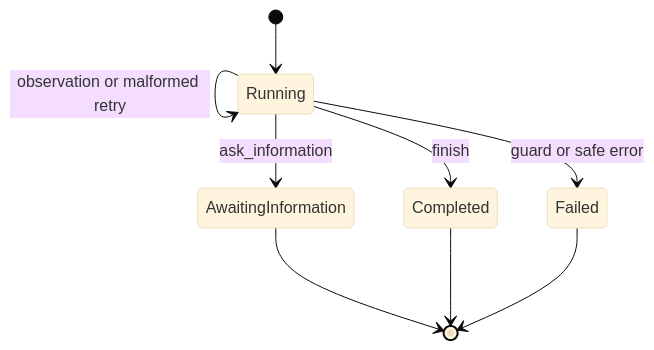
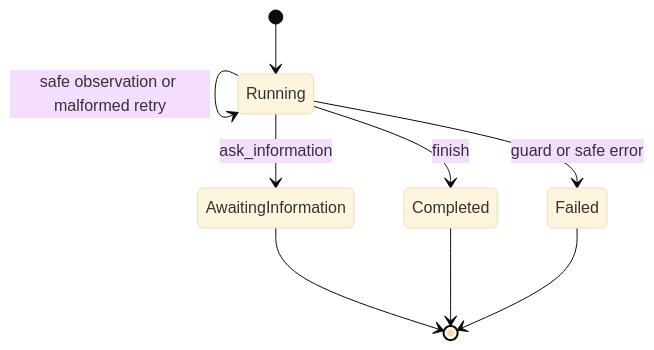
The sixth of 8 diagrams in docs/notes/phase-6.md (spolovynko/travelops-recovery-agent), drawn with Mermaid (base theme) before and after one commit. The commit also changed other lines of this file and 25 other files, not shown here.

````diff
--- a/docs/notes/phase-6.md
+++ b/docs/notes/phase-6.md
@@ -133,11 +657,11 @@
 ```mermaid
 stateDiagram-v2
     [*] --> Running
-    Running --> Running: observation or malformed retry
+    Running --> Running: safe observation or malformed retry
     Running --> AwaitingInformation: ask_information
     Running --> Completed: finish
     Running --> Failed: guard or safe error
     AwaitingInformation --> [*]
     Completed --> [*]
     Failed --> [*]
 ```
````
